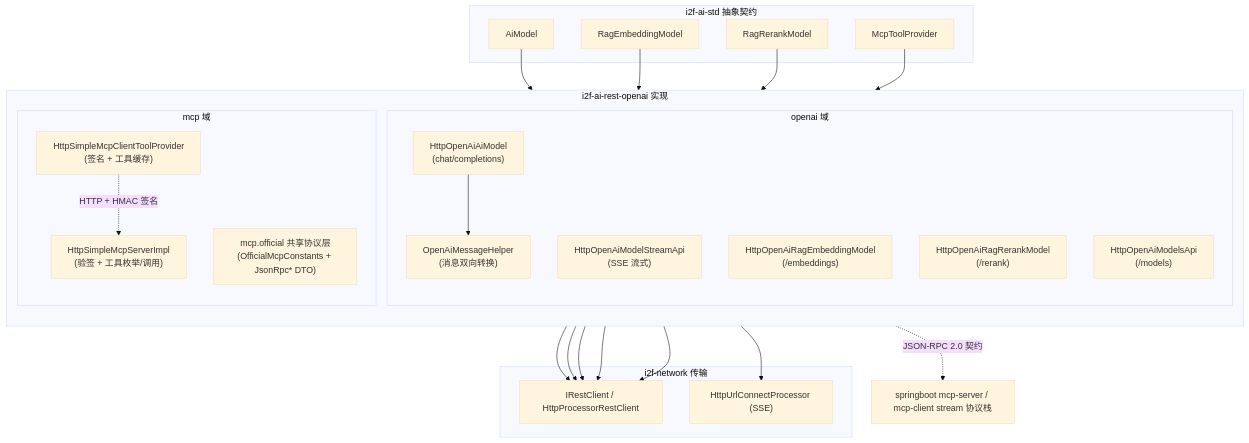
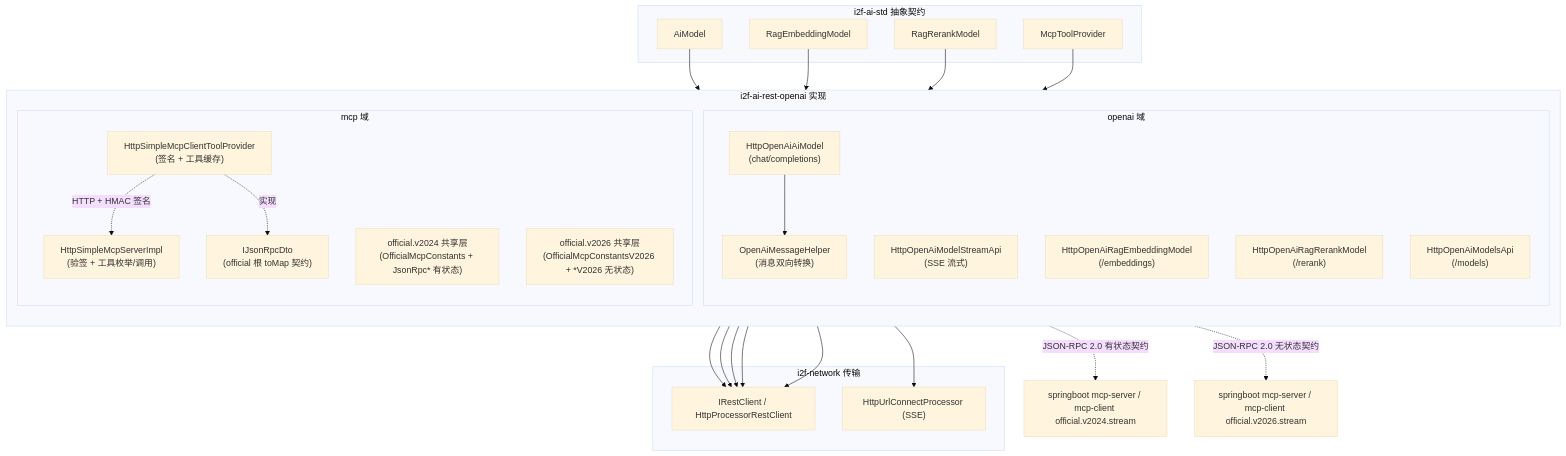
Before and after one commit to Ice2Faith/i2f-turbo-java: the first of 2 diagrams in .wiki/modules/i2f-jdk/i2f-ai-rest-openai/readme.md, drawn with Mermaid (base theme). The commit also changed other lines of this file and 3 other files, not shown here.

````diff
--- a/.wiki/modules/i2f-jdk/i2f-ai-rest-openai/readme.md
+++ b/.wiki/modules/i2f-jdk/i2f-ai-rest-openai/readme.md
@@ -28,42 +28,46 @@
 ```mermaid
 flowchart TD
     subgraph std["i2f-ai-std 抽象契约"]
         C1["AiModel"]
         C2["RagEmbeddingModel"]
         C3["RagRerankModel"]
         C4["McpToolProvider"]
     end
     subgraph impl["i2f-ai-rest-openai 实现"]
         direction TB
         subgraph openai["openai 域"]
             M1["HttpOpenAiAiModel<br/>(chat/completions)"]
             M2["HttpOpenAiModelStreamApi<br/>(SSE 流式)"]
             H["OpenAiMessageHelper<br/>(消息双向转换)"]
             R1["HttpOpenAiRagEmbeddingModel<br/>(/embeddings)"]
             R2["HttpOpenAiRagRerankModel<br/>(/rerank)"]
             A1["HttpOpenAiModelsApi<br/>(/models)"]
         end
         subgraph mcp["mcp 域"]
             MC["HttpSimpleMcpClientToolProvider<br/>(签名 + 工具缓存)"]
             MS["HttpSimpleMcpServerImpl<br/>(验签 + 工具枚举/调用)"]
-            OF["mcp.official 共享协议层<br/>(OfficialMcpConstants + JsonRpc* DTO)"]
+            OF24["official.v2024 共享层<br/>(OfficialMcpConstants + JsonRpc* 有状态)"]
+            OF26["official.v2026 共享层<br/>(OfficialMcpConstantsV2026 + *V2026 无状态)"]
+            IJ["IJsonRpcDto<br/>(official 根 toMap 契约)"]
         end
     end
     subgraph net["i2f-network 传输"]
         N1["IRestClient / HttpProcessorRestClient"]
         N2["HttpUrlConnectProcessor (SSE)"]
     end
     C1 --> M1
     C2 --> R1
     C3 --> R2
     C4 --> MC
     M1 --> H
     M1 --> N1
     M2 --> N2
     R1 --> N1
     R2 --> N1
     A1 --> N1
     MC --> N1
     MC -. "HTTP + HMAC 签名" .-> MS
-    OF -. "JSON-RPC 2.0 契约" .-> SB["springboot mcp-server / mcp-client stream 协议栈"]
+    MC -. "实现" .-> IJ
+    OF24 -. "JSON-RPC 2.0 有状态契约" .-> SB24["springboot mcp-server / mcp-client official.v2024.stream"]
+    OF26 -. "JSON-RPC 2.0 无状态契约" .-> SB26["springboot mcp-server / mcp-client official.v2026.stream"]
 ```
````
